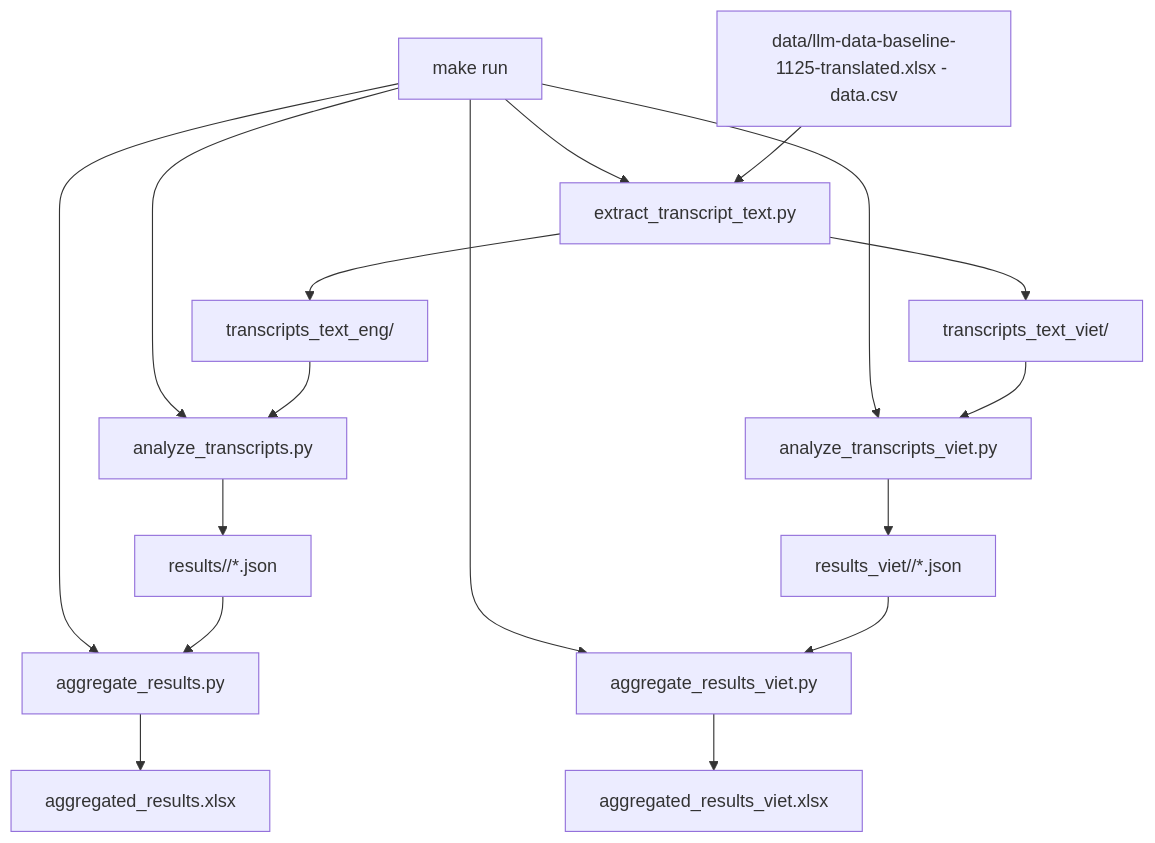
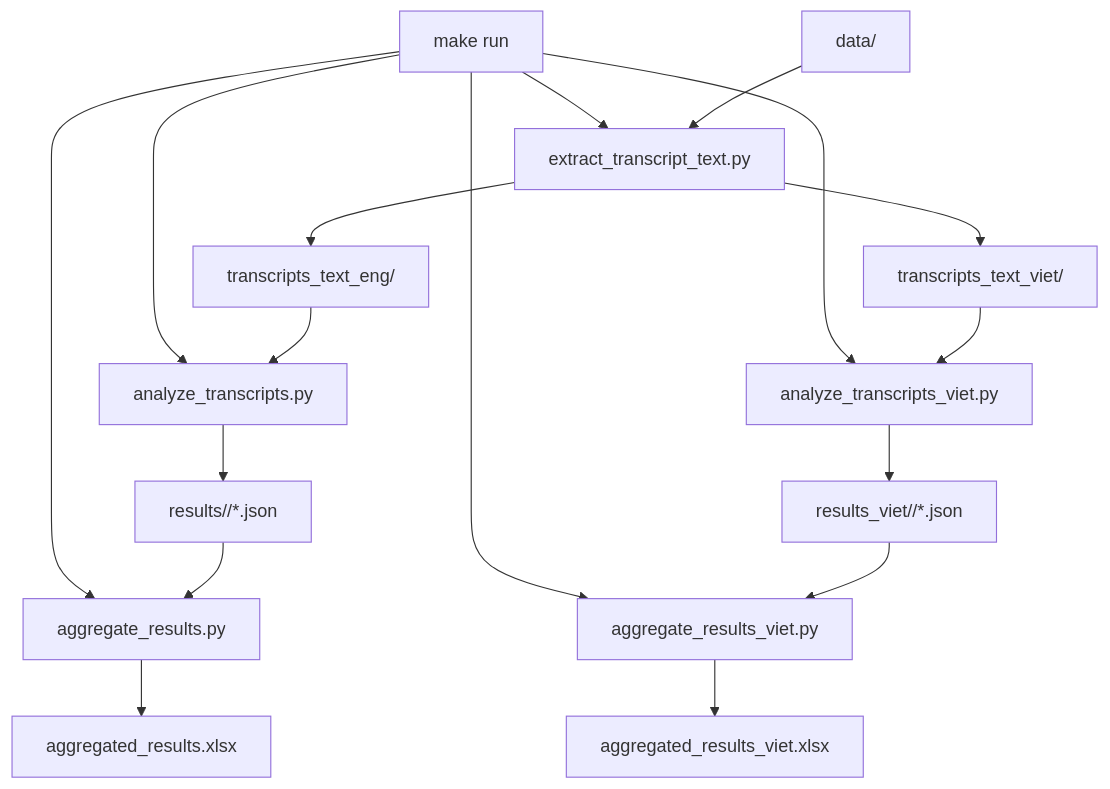
One commit to stella-zhang12/llm-checklist-completion changed the diagram in docs/architecture/pipeline_architecture.mmd. Above: the diagram before and after it, drawn with Mermaid. The commit also changed 13 other files, not shown here.

Commit message:
feat(config): auto-detect source file in data and add OPEN_API_KEY env template

```diff
--- a/docs/architecture/pipeline_architecture.mmd
+++ b/docs/architecture/pipeline_architecture.mmd
@@ -1,38 +1,38 @@
 flowchart TD
-    A["data/llm-data-baseline-1125-translated.xlsx - data.csv"]
+    A["data/<single_source_file.csv_or_xlsx>"]
     B["extract_transcript_text.py"]
 
     C1["transcripts_text_eng/"]
     C2["transcripts_text_viet/"]
 
     D1["analyze_transcripts.py"]
     D2["analyze_transcripts_viet.py"]
 
     E1["results/<model>/*.json"]
     E2["results_viet/<model>/*.json"]
 
     F1["aggregate_results.py"]
     F2["aggregate_results_viet.py"]
 
     G1["aggregated_results.xlsx"]
     G2["aggregated_results_viet.xlsx"]
 
     H["make run"]
 
     H --> B
     H --> D1
     H --> D2
     H --> F1
     H --> F2
 
     A --> B
     B --> C1
     B --> C2
     C1 --> D1
     C2 --> D2
     D1 --> E1
     D2 --> E2
     E1 --> F1
     E2 --> F2
     F1 --> G1
     F2 --> G2
```
